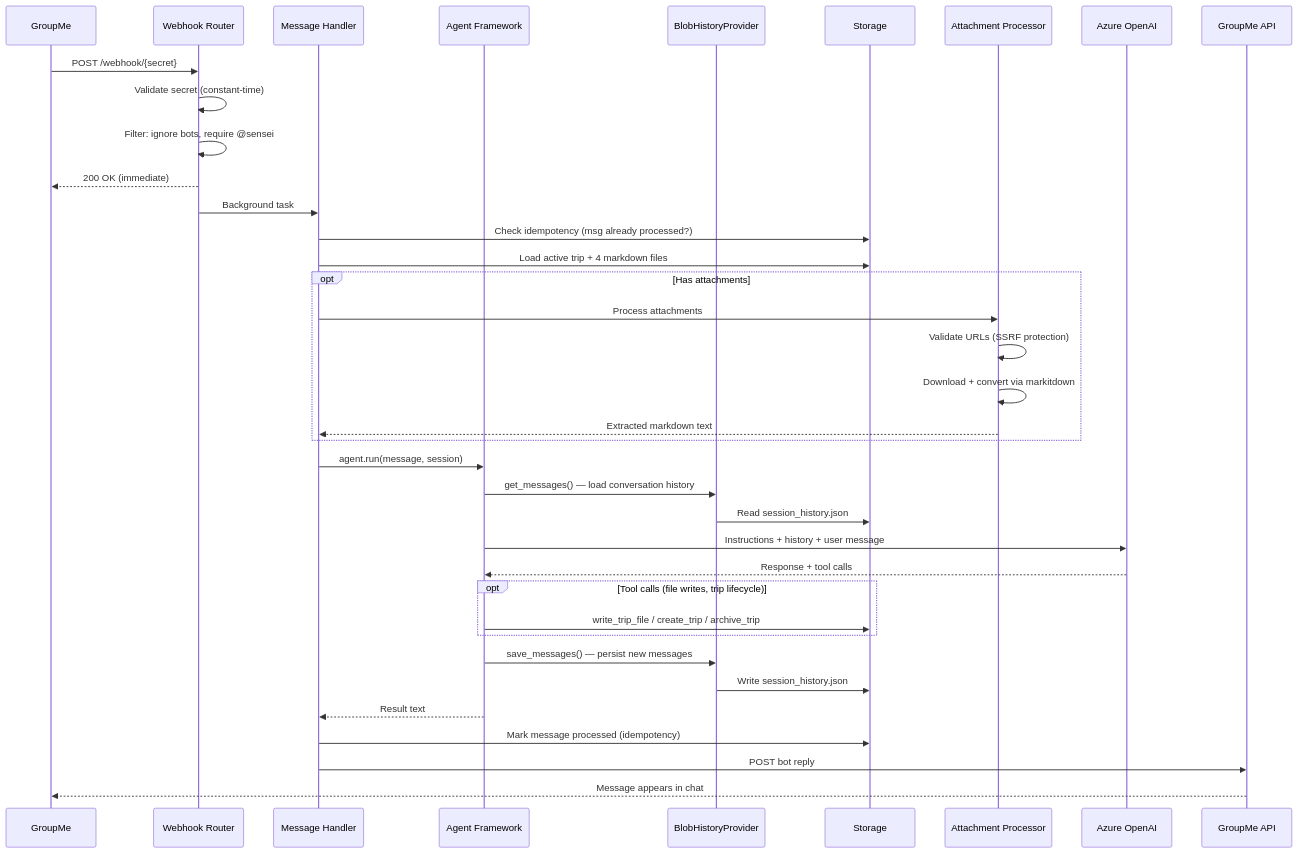
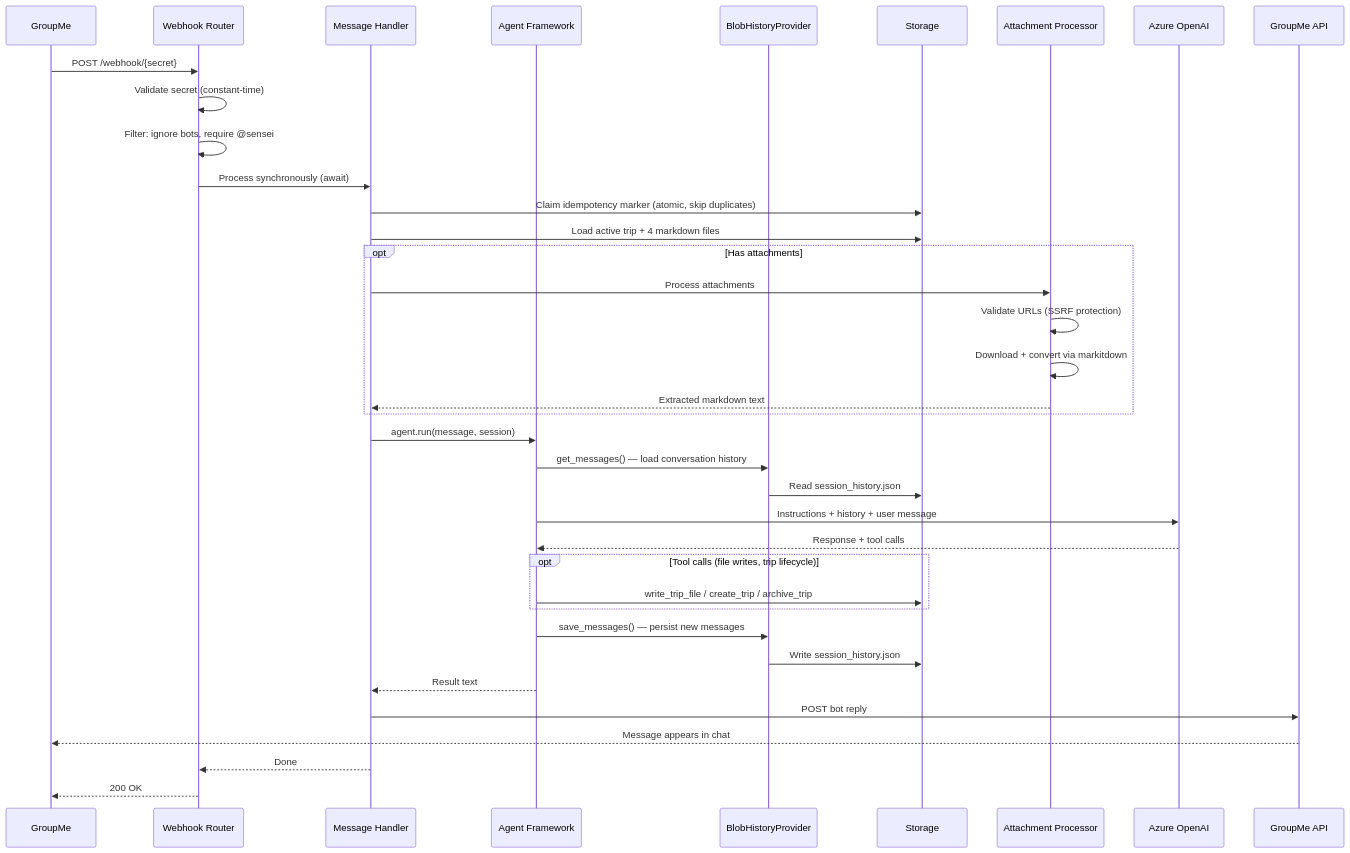
Before and after one commit to marlobello/groupmetravelbot: the sixth of 6 diagrams in docs/architecture.md, drawn with Mermaid. The commit also changed other lines of this file and 3 other files, not shown here.

First line of the commit message:
H1: process webhook synchronously to avoid dropped messages at minReplicas 0

````diff
--- a/docs/architecture.md
+++ b/docs/architecture.md
@@ -208,46 +208,46 @@
 ```mermaid
 sequenceDiagram
     participant GM as GroupMe
     participant WH as Webhook Router
     participant MH as Message Handler
     participant Agent as Agent Framework
     participant HP as BlobHistoryProvider
     participant ST as Storage
     participant AP as Attachment Processor
     participant LLM as Azure OpenAI
     participant API as GroupMe API
 
     GM->>WH: POST /webhook/{secret}
     WH->>WH: Validate secret (constant-time)
     WH->>WH: Filter: ignore bots, require @sensei
-    WH-->>GM: 200 OK (immediate)
-    WH->>MH: Background task
+    WH->>MH: Process synchronously (await)
 
-    MH->>ST: Check idempotency (msg already processed?)
+    MH->>ST: Claim idempotency marker (atomic, skip duplicates)
     MH->>ST: Load active trip + 4 markdown files
 
     opt Has attachments
         MH->>AP: Process attachments
         AP->>AP: Validate URLs (SSRF protection)
         AP->>AP: Download + convert via markitdown
         AP-->>MH: Extracted markdown text
     end
 
     MH->>Agent: agent.run(message, session)
     Agent->>HP: get_messages() — load conversation history
     HP->>ST: Read session_history.json
     Agent->>LLM: Instructions + history + user message
     LLM-->>Agent: Response + tool calls
 
     opt Tool calls (file writes, trip lifecycle)
         Agent->>ST: write_trip_file / create_trip / archive_trip
     end
 
     Agent->>HP: save_messages() — persist new messages
     HP->>ST: Write session_history.json
     Agent-->>MH: Result text
 
-    MH->>ST: Mark message processed (idempotency)
     MH->>API: POST bot reply
     API-->>GM: Message appears in chat
+    MH-->>WH: Done
+    WH-->>GM: 200 OK
 ```
````
